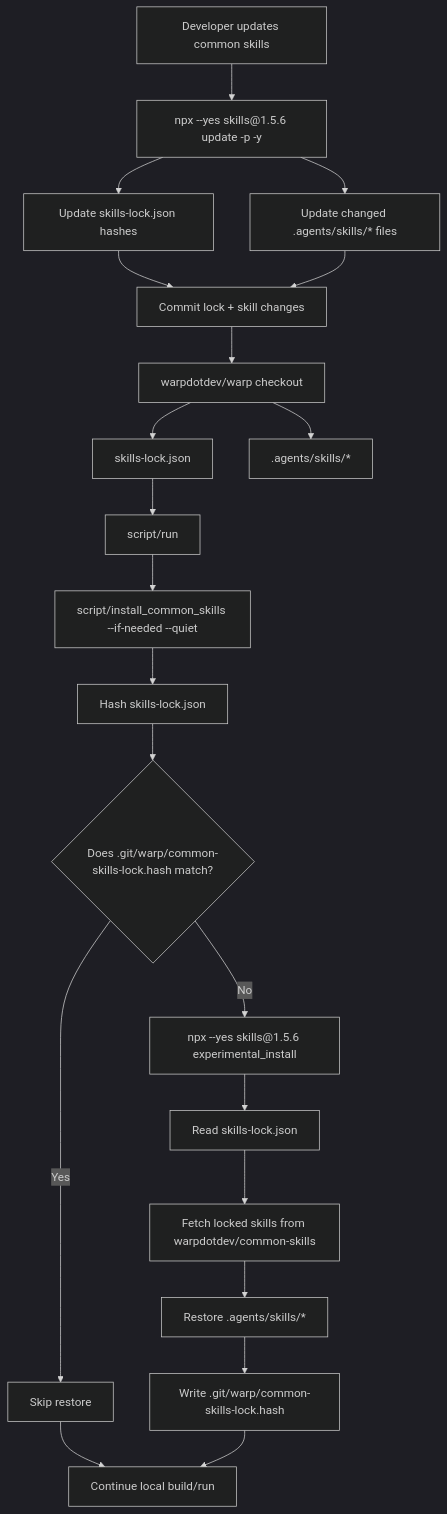
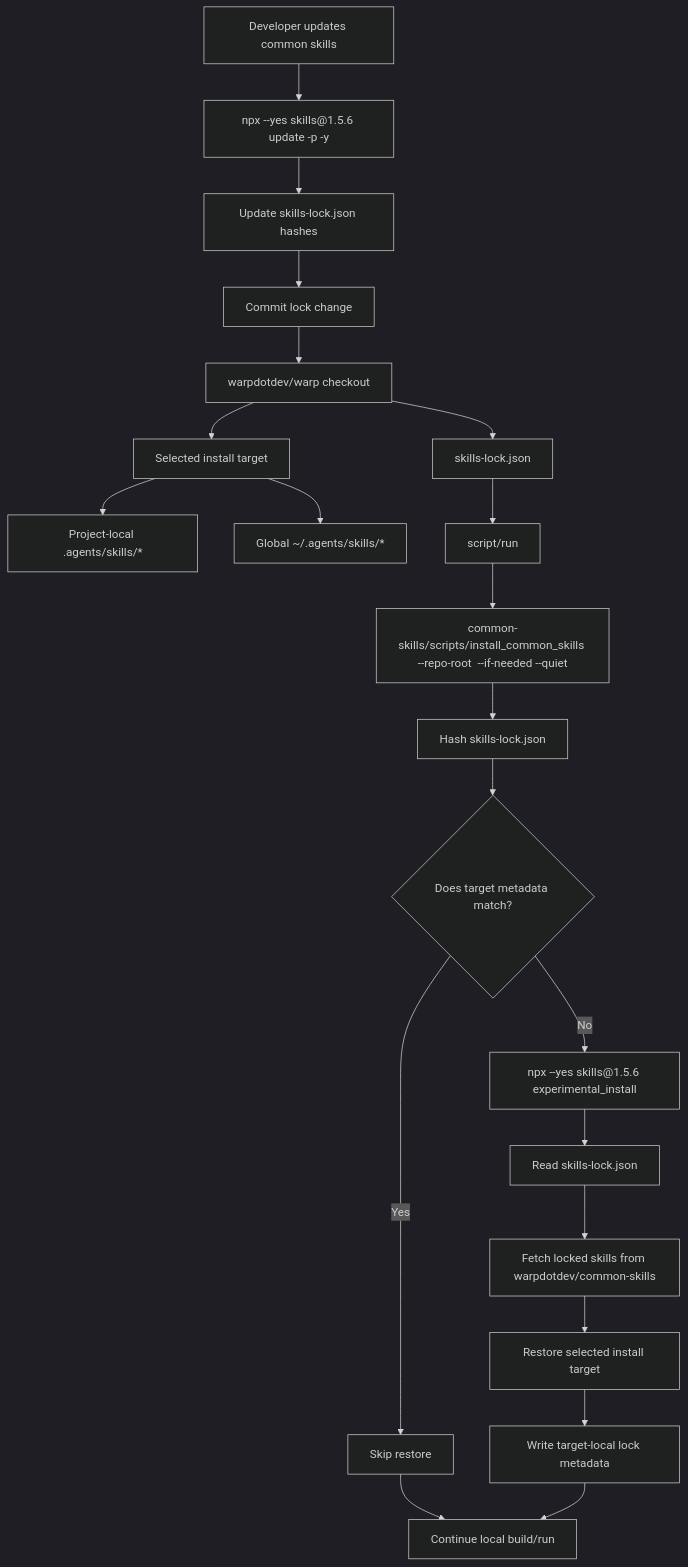
One commit to lawsmd/cortex changed the first of 2 diagrams in specs/common-skills-installation/TECH.md. Above: the diagram before and after it, drawn with Mermaid (dark theme). The commit also changed other lines of this file and 20 other files, not shown here.

First line of the commit message:
Move common skills management to common-skills scripts (#10617)

````diff
--- a/specs/common-skills-installation/TECH.md
+++ b/specs/common-skills-installation/TECH.md
@@ -12,27 +14,27 @@
 ```mermaid
 flowchart TD
   A["warpdotdev/warp checkout"] --> B["skills-lock.json"]
-  A --> C[".agents/skills/*"]
+  A --> C["Selected install target"]
+  C --> C1["Project-local .agents/skills/*"]
+  C --> C2["Global ~/.agents/skills/*"]
 
   B --> D["script/run"]
-  D --> E["script/install_common_skills --if-needed --quiet"]
+  D --> E["common-skills/scripts/install_common_skills --repo-root <warp-checkout> --if-needed --quiet"]
   E --> F["Hash skills-lock.json"]
-  F --> G{"Does .git/warp/common-skills-lock.hash match?"}
+  F --> G{"Does target metadata match?"}
 
   G -->|Yes| H["Skip restore"]
   H --> I["Continue local build/run"]
 
   G -->|No| J["npx --yes skills@1.5.6 experimental_install"]
   J --> K["Read skills-lock.json"]
   K --> L["Fetch locked skills from warpdotdev/common-skills"]
-  L --> M["Restore .agents/skills/*"]
-  M --> N["Write .git/warp/common-skills-lock.hash"]
+  L --> M["Restore selected install target"]
+  M --> N["Write target-local lock metadata"]
   N --> I
 
   O["Developer updates common skills"] --> P["npx --yes skills@1.5.6 update -p -y"]
   P --> Q["Update skills-lock.json hashes"]
-  P --> R["Update changed .agents/skills/* files"]
-  Q --> S["Commit lock + skill changes"]
-  R --> S
+  Q --> S["Commit lock change"]
   S --> A
 ```
````
